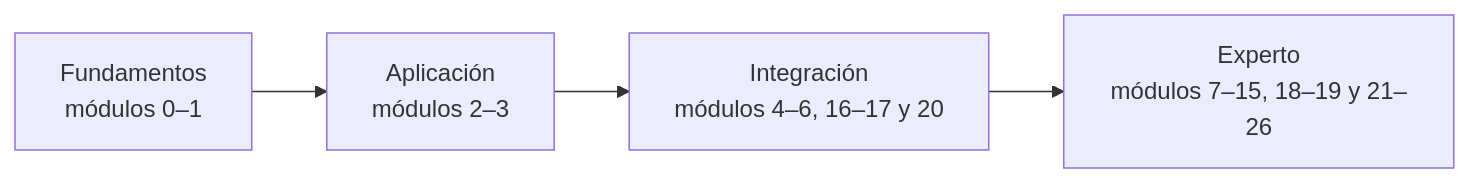
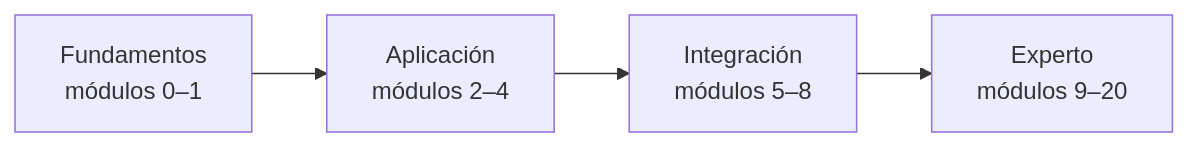
Before and after one commit to NICORUIZ93/The_Imperial_Book: the first of 4 diagrams in web/public/content/spring-boot/modulo-0.md, drawn with Mermaid. The commit also changed other lines of this file and 125 other files, not shown here.

````diff
--- a/web/public/content/spring-boot/modulo-0.md
+++ b/web/public/content/spring-boot/modulo-0.md
@@ -39,10 +39,10 @@
 ```mermaid
 flowchart LR
     E0["Fundamentos<br/>módulos 0–1"]
-    E1["Aplicación<br/>módulos 2–3"]
-    E2["Integración<br/>módulos 4–6, 16–17 y 20"]
-    E3["Experto<br/>módulos 7–15, 18–19 y 21–26"]
+    E1["Aplicación<br/>módulos 2–4"]
+    E2["Integración<br/>módulos 5–8"]
+    E3["Experto<br/>módulos 9–20"]
     E0 --> E1
     E1 --> E2
     E2 --> E3
 ```
````
